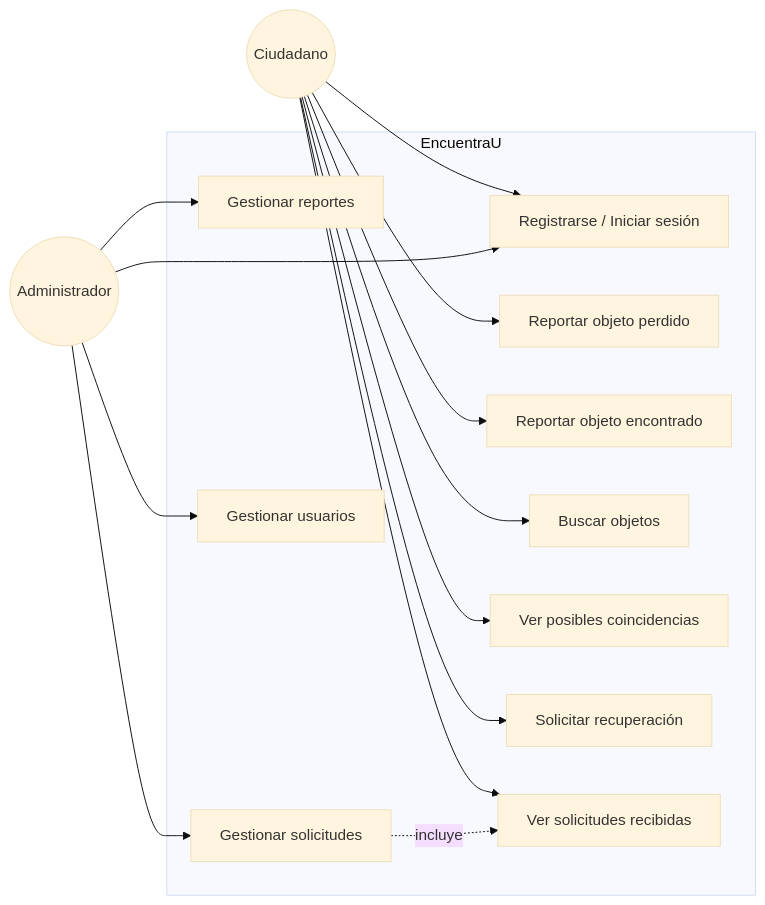
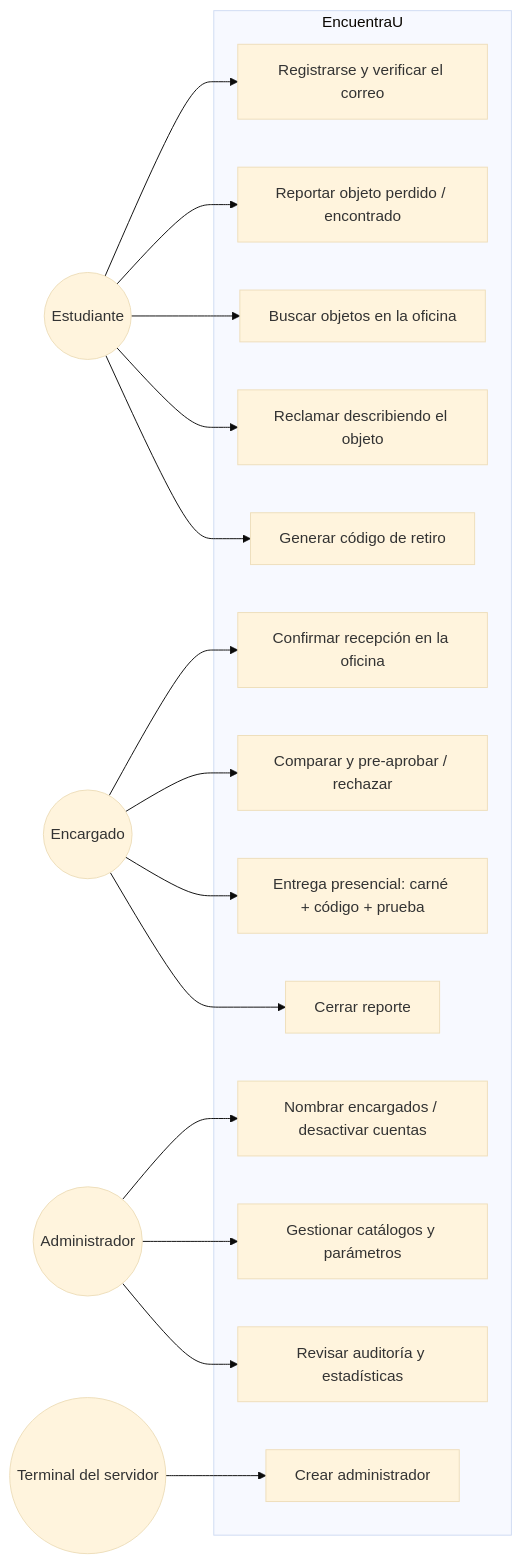
The second of 5 diagrams in docs/DIAGRAMAS.md (sebastquintero1312/EncuentraU), drawn with Mermaid (base theme) before and after one commit. The commit also changed other lines of this file and 44 other files, not shown here.

````diff
--- a/docs/DIAGRAMAS.md
+++ b/docs/DIAGRAMAS.md
@@ -54,32 +135,28 @@
 ```mermaid
 flowchart LR
-    Ciudadano((Ciudadano))
-    Admin((Administrador))
+    E((Estudiante))
+    C((Encargado))
+    A((Administrador))
+    T((Terminal del servidor))
 
     subgraph EncuentraU
-        UC1[Registrarse / Iniciar sesión]
-        UC2[Reportar objeto perdido]
-        UC3[Reportar objeto encontrado]
-        UC4[Buscar objetos]
-        UC5[Ver posibles coincidencias]
-        UC6[Solicitar recuperación]
-        UC7[Ver solicitudes recibidas]
-        UC8[Gestionar reportes]
-        UC9[Gestionar solicitudes]
-        UC10[Gestionar usuarios]
+        U1[Registrarse y verificar el correo]
+        U2[Reportar objeto perdido / encontrado]
+        U3[Buscar objetos en la oficina]
+        U4[Reclamar describiendo el objeto]
+        U5[Generar código de retiro]
+        U6[Confirmar recepción en la oficina]
+        U7[Comparar y pre-aprobar / rechazar]
+        U8[Entrega presencial: carné + código + prueba]
+        U9[Cerrar reporte]
+        U10[Nombrar encargados / desactivar cuentas]
+        U11[Gestionar catálogos y parámetros]
+        U12[Revisar auditoría y estadísticas]
+        U13[Crear administrador]
     end
 
-    Ciudadano --> UC1
-    Ciudadano --> UC2
-    Ciudadano --> UC3
-    Ciudadano --> UC4
-    Ciudadano --> UC5
-    Ciudadano --> UC6
-    Ciudadano --> UC7
-
-    Admin --> UC1
-    Admin --> UC8
-    Admin --> UC9
-    Admin --> UC10
-    UC9 -.incluye.-> UC7
+    E --> U1 & U2 & U3 & U4 & U5
+    C --> U6 & U7 & U8 & U9
+    A --> U10 & U11 & U12
+    T --> U13
 ```
````
